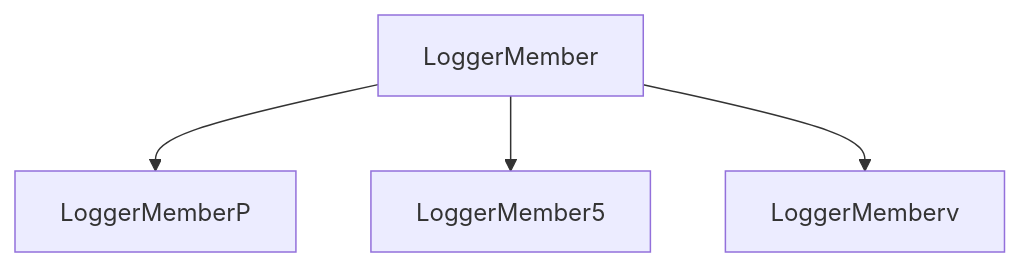
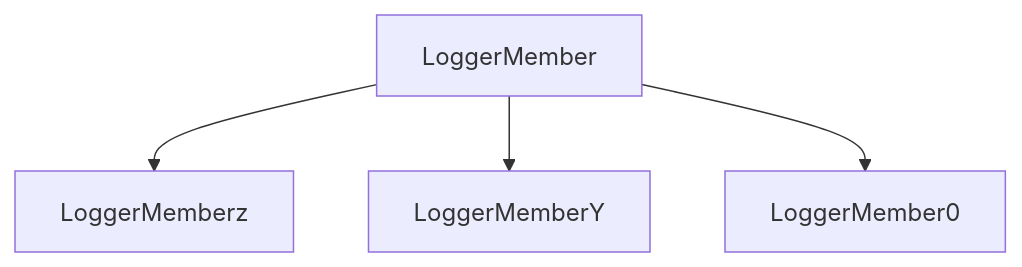
One commit to ellementul/uee-core changed the diagram in mermaid.md. Above: the diagram before and after it, drawn with Mermaid. The commit also changed 6 other files, not shown here.

````diff
--- a/mermaid.md
+++ b/mermaid.md
@@ -1,11 +1,11 @@
 ```mermaid
  flowchart TD
-    hWNHlDV5UvxDXVypdl5s2iruxFVwUUDasbhseGQl[LoggerMember]
-    PWTXHVVyPqVJFKE6UzBAoXXZ1H3naDz6d5Z4cac6[LoggerMemberP]
-    5sjSiSeRGKvfNFtFaQ5OFMwP4YsMWtmmmER75hIf[LoggerMember5]
-    vz3ucLLQsrEhy4Ei1EE0kiqMxB37uWHXKXIJKYxY[LoggerMemberv]
+    kIAm8JhoeHiH3sp2DbOAGQyo5FqRyJySGRPEHk1b[LoggerMember]
+    zBxck1iRm77dOMgNaoYjjwbmcVFNvQJ4VVgqxsNn[LoggerMemberz]
+    Y437wHl5EN2Dqe[LoggerMemberY]
+    0gYUvaTh8hrFQaoD6udotiaTr8kyaft0FEAEkp7e[LoggerMember0]
 
-    hWNHlDV5UvxDXVypdl5s2iruxFVwUUDasbhseGQl --> PWTXHVVyPqVJFKE6UzBAoXXZ1H3naDz6d5Z4cac6
-    hWNHlDV5UvxDXVypdl5s2iruxFVwUUDasbhseGQl --> 5sjSiSeRGKvfNFtFaQ5OFMwP4YsMWtmmmER75hIf
-    hWNHlDV5UvxDXVypdl5s2iruxFVwUUDasbhseGQl --> vz3ucLLQsrEhy4Ei1EE0kiqMxB37uWHXKXIJKYxY
+    kIAm8JhoeHiH3sp2DbOAGQyo5FqRyJySGRPEHk1b --> zBxck1iRm77dOMgNaoYjjwbmcVFNvQJ4VVgqxsNn
+    kIAm8JhoeHiH3sp2DbOAGQyo5FqRyJySGRPEHk1b --> Y437wHl5EN2Dqe
+    kIAm8JhoeHiH3sp2DbOAGQyo5FqRyJySGRPEHk1b --> 0gYUvaTh8hrFQaoD6udotiaTr8kyaft0FEAEkp7e
 ```
````
